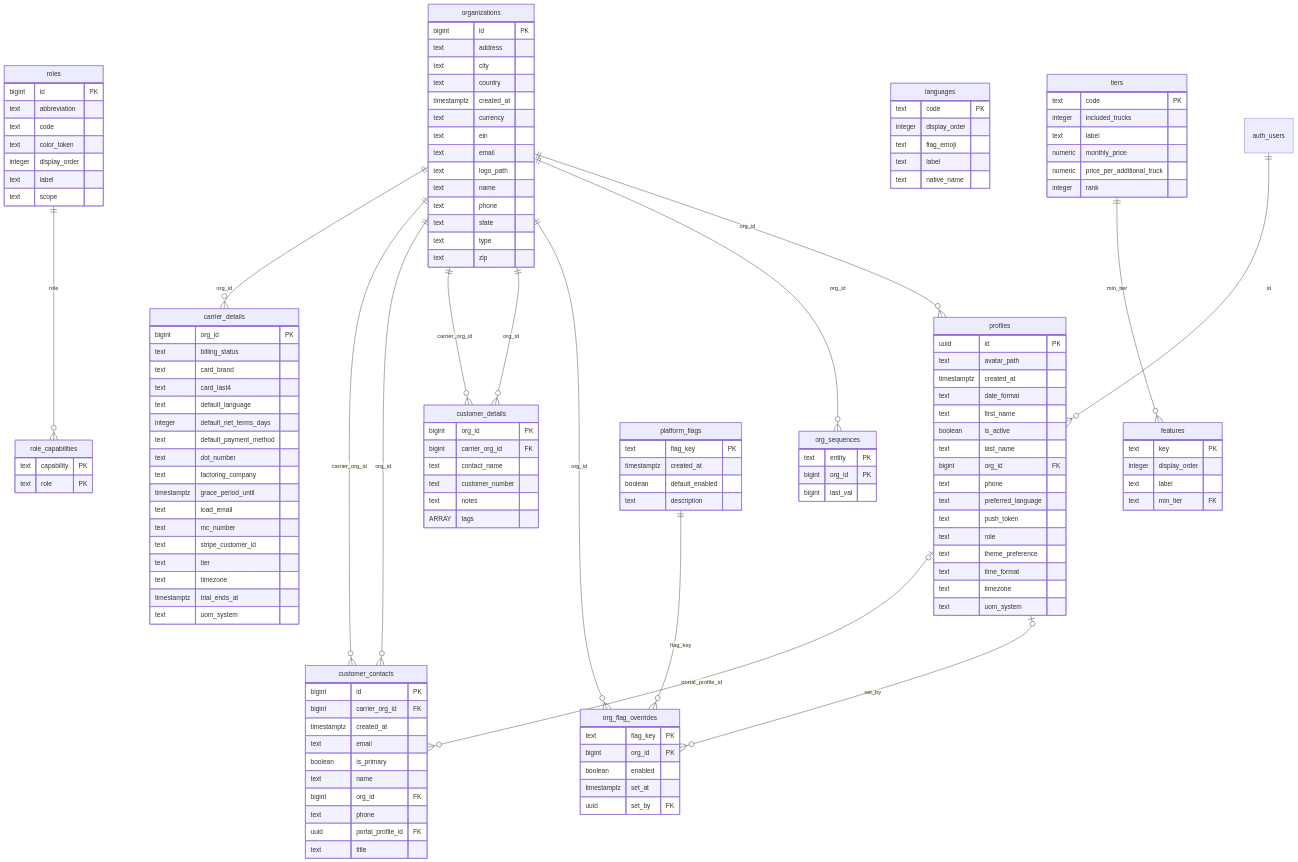
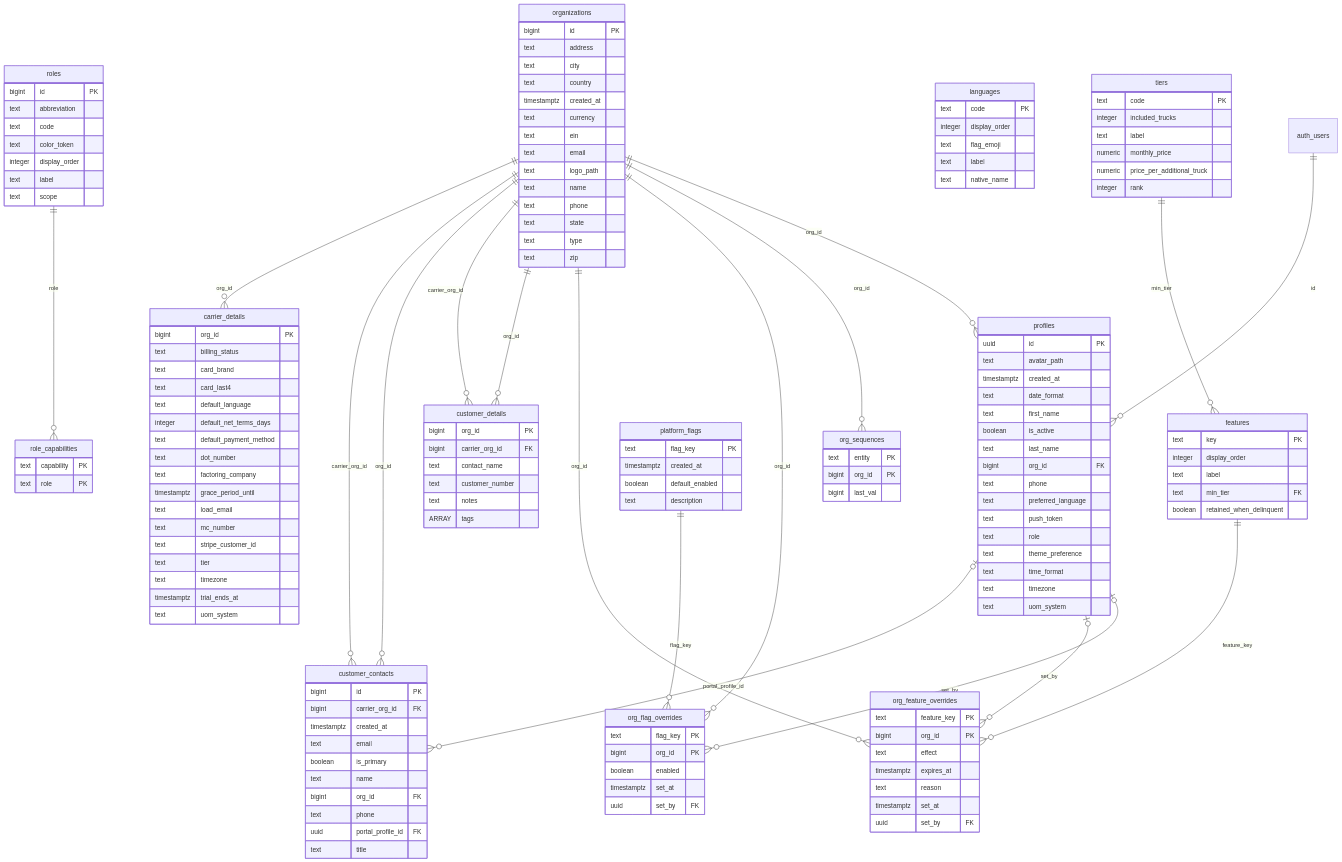
One commit to gsanjeevs/carrieros changed the first of 6 diagrams in architecture/erd.md. Above: the diagram before and after it, drawn with Mermaid. The commit also changed other lines of this file and 15 other files, not shown here.

```diff
--- a/architecture/erd.md
+++ b/architecture/erd.md
@@ -125,6 +125,7 @@
     integer display_order
     text label
     text min_tier FK
+    boolean retained_when_delinquent
   }
   org_sequences {
     text entity PK
@@ -135,6 +136,15 @@
     text flag_key PK
     bigint org_id PK
     boolean enabled
+    timestamptz set_at
+    uuid set_by FK
+  }
+  org_feature_overrides {
+    text feature_key PK
+    bigint org_id PK
+    text effect
+    timestamptz expires_at
+    text reason
     timestamptz set_at
     uuid set_by FK
   }
@@ -151,6 +161,9 @@
   organizations ||--o{ customer_details : "carrier_org_id"
   organizations ||--o{ customer_details : "org_id"
   tiers ||--o{ features : "min_tier"
+  features ||--o{ org_feature_overrides : "feature_key"
+  organizations ||--o{ org_feature_overrides : "org_id"
+  profiles |o--o{ org_feature_overrides : "set_by"
   platform_flags ||--o{ org_flag_overrides : "flag_key"
   organizations ||--o{ org_flag_overrides : "org_id"
   profiles |o--o{ org_flag_overrides : "set_by"
```
